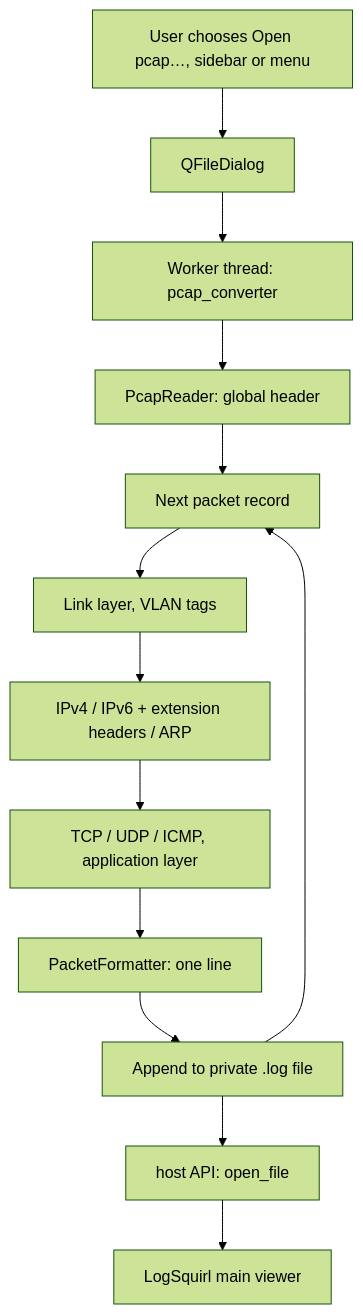
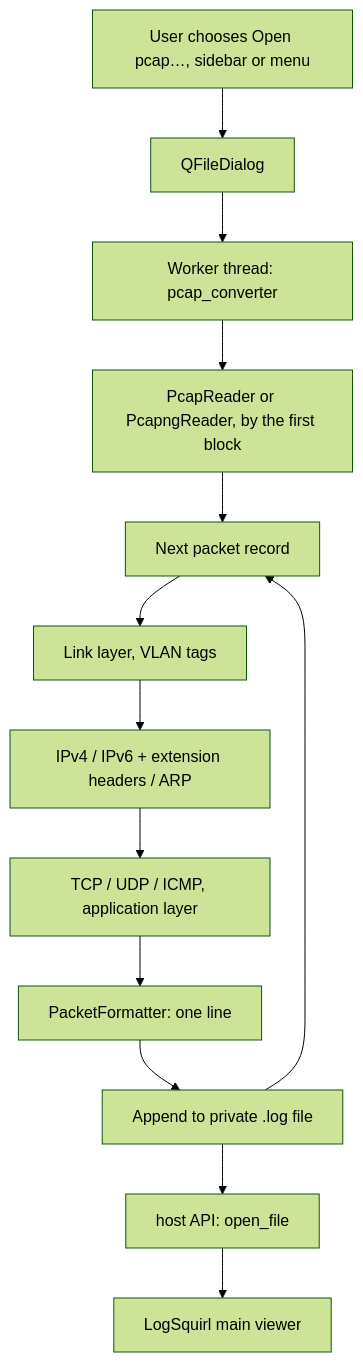
Before and after one commit to 64x-lunicorn/LogSquirl-tcpdump: the diagram in README.md, drawn with Mermaid (forest theme). The commit also changed other lines of this file and 19 other files, not shown here.

````diff
--- a/README.md
+++ b/README.md
@@ -149,15 +149,15 @@
 ```mermaid
 graph TD
     A[User chooses Open pcap…, sidebar or menu] --> B[QFileDialog]
     B --> C[Worker thread: pcap_converter]
-    C --> D[PcapReader: global header]
+    C --> D[PcapReader or PcapngReader, by the first block]
     D --> E[Next packet record]
     E --> F[Link layer, VLAN tags]
     F --> G[IPv4 / IPv6 + extension headers / ARP]
     G --> H[TCP / UDP / ICMP, application layer]
     H --> I[PacketFormatter: one line]
     I --> J[Append to private .log file]
     J --> E
     J --> K[host API: open_file]
     K --> L[LogSquirl main viewer]
 ```
````
